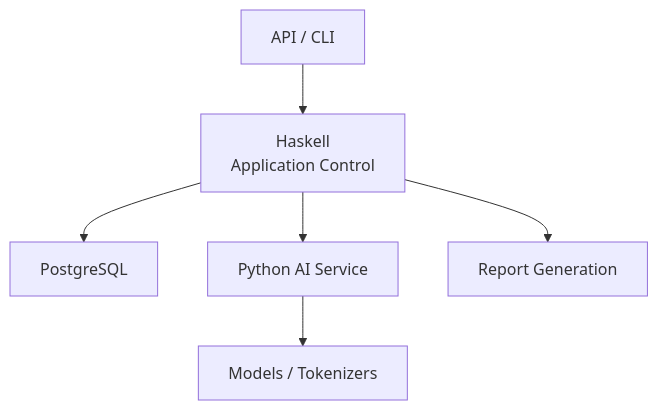
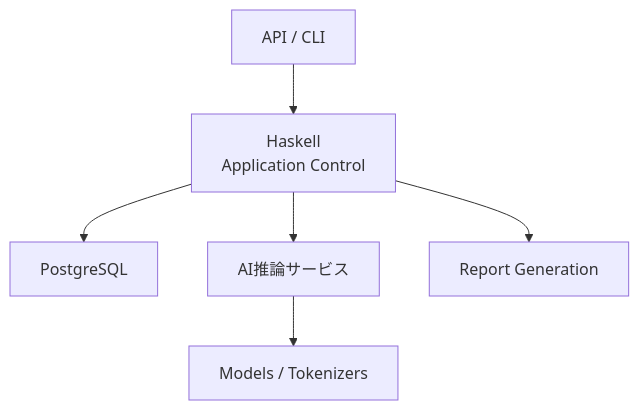
One commit to takashit16833/RAGScope changed the second of 6 diagrams in RAGScope/docs/design/システムアーキテクチャ.md. Above: the diagram before and after it, drawn with Mermaid. The commit also changed other lines of this file and 26 other files, not shown here.

````diff
--- a/RAGScope/docs/design/システムアーキテクチャ.md
+++ b/RAGScope/docs/design/システムアーキテクチャ.md
@@ -150,8 +150,8 @@
 ```mermaid
 flowchart TD
     Interface["API / CLI"] --> Application["Haskell<br>Application Control"]
     Application --> Persistence["PostgreSQL"]
-    Application --> AI["Python AI Service"]
+    Application --> AI["AI推論サービス"]
     AI --> Models["Models / Tokenizers"]
     Application --> Reports["Report Generation"]
 ```
````
